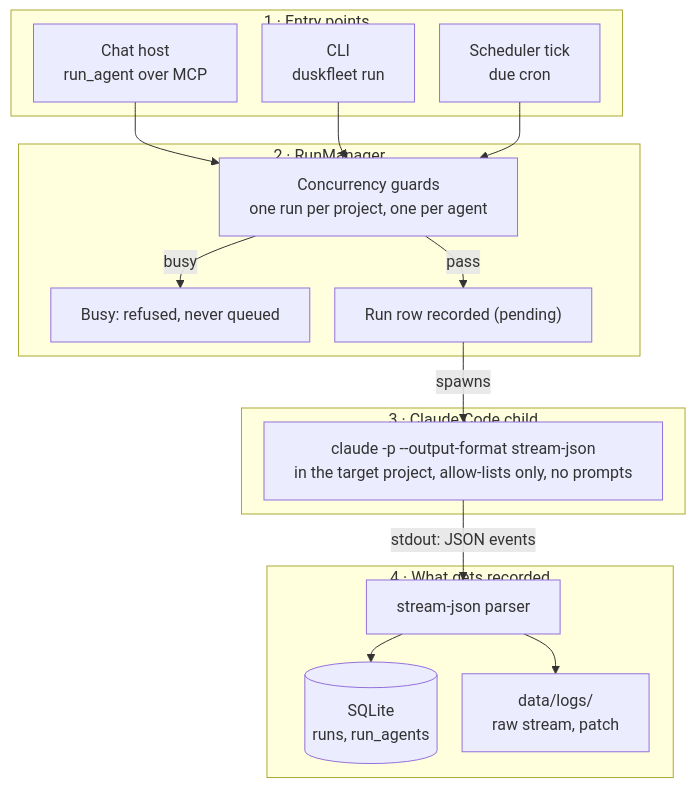
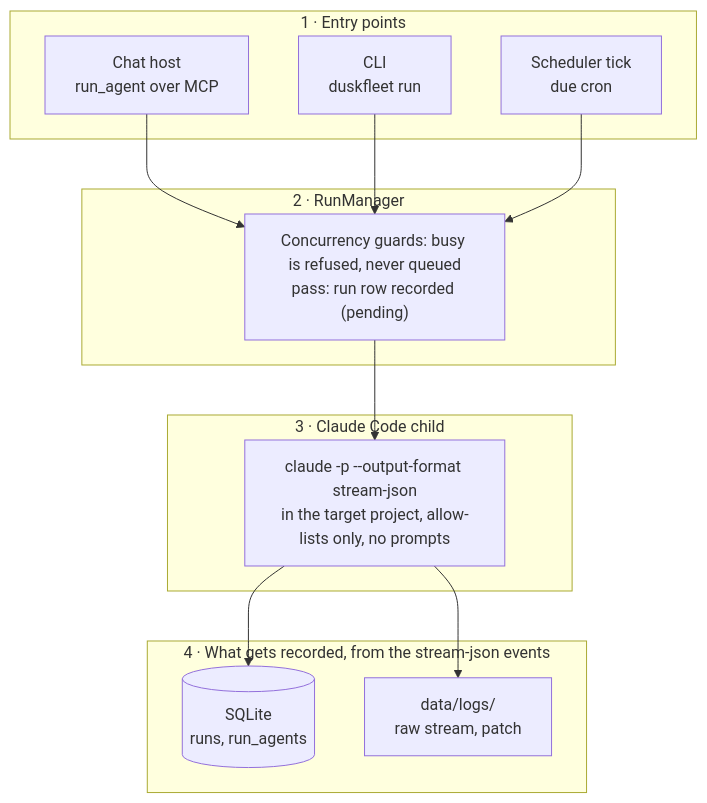
One commit to duskfleet/duskfleet changed the first of 2 diagrams in README.md. Above: the diagram before and after it, drawn with Mermaid.

Commit message:
README: pipeline flowchart in four ranks
Claude-Session: https://claude.ai/code/session_014NZALZg54RZdNB9EhjesYs

````diff
--- a/README.md
+++ b/README.md
@@ -158,35 +158,28 @@
 ```mermaid
-%%{init: {"flowchart": {"wrappingWidth": 400, "nodeSpacing": 25, "rankSpacing": 28}}}%%
 flowchart TB
     subgraph entry ["1 · Entry points"]
         chat["Chat host<br/>run_agent over MCP"]
         cli["CLI<br/>duskfleet run"]
         sched["Scheduler tick<br/>due cron"]
     end
 
     subgraph rm ["2 · RunManager"]
-        guards["Concurrency guards<br/>one run per project, one per agent"]
-        busy["Busy: refused, never queued"]
-        row["Run row recorded (pending)"]
+        guards["Concurrency guards: busy is refused, never queued<br/>pass: run row recorded (pending)"]
     end
 
     subgraph child ["3 · Claude Code child"]
         claude["claude -p --output-format stream-json<br/>in the target project, allow-lists only, no prompts"]
     end
 
-    subgraph rec ["4 · What gets recorded"]
-        parser["stream-json parser"]
+    subgraph rec ["4 · What gets recorded, from the stream-json events"]
         db[("SQLite<br/>runs, run_agents")]
         logs["data/logs/<br/>raw stream, patch"]
     end
 
     chat --> guards
     cli --> guards
     sched --> guards
-    guards -- busy --> busy
-    guards -- pass --> row
-    row -- spawns --> claude
-    claude -- "stdout: JSON events" --> parser
-    parser --> db
-    parser --> logs
+    guards --> claude
+    claude --> db
+    claude --> logs
 ```
````
